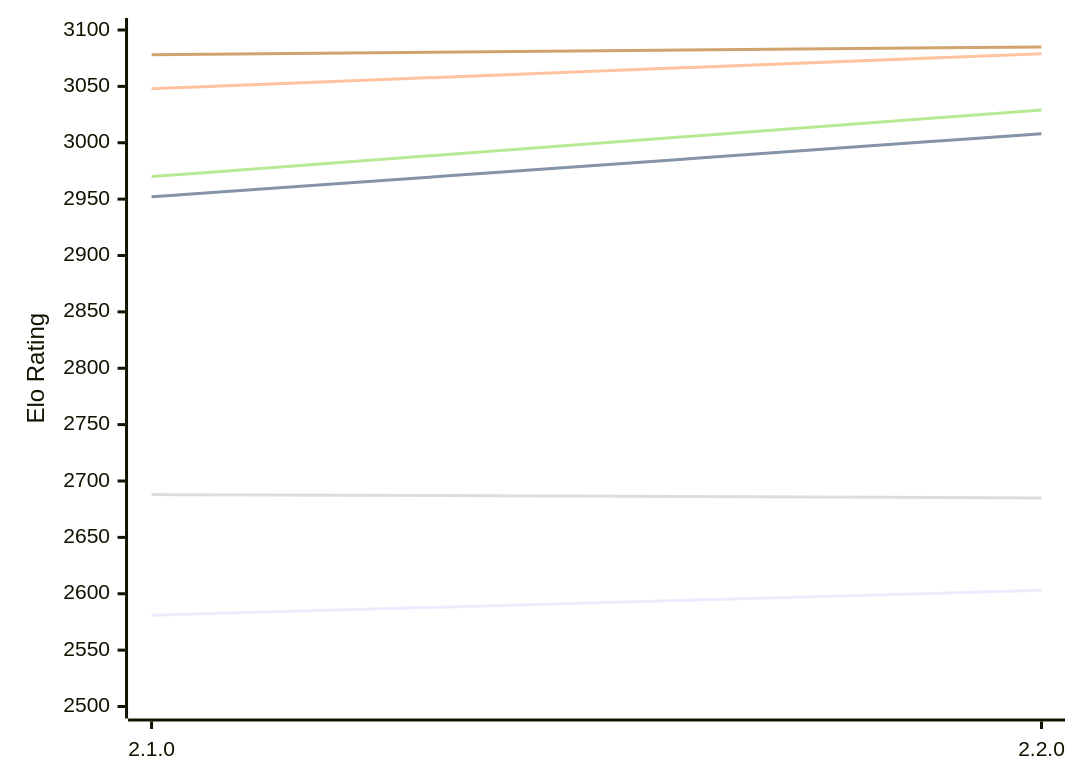
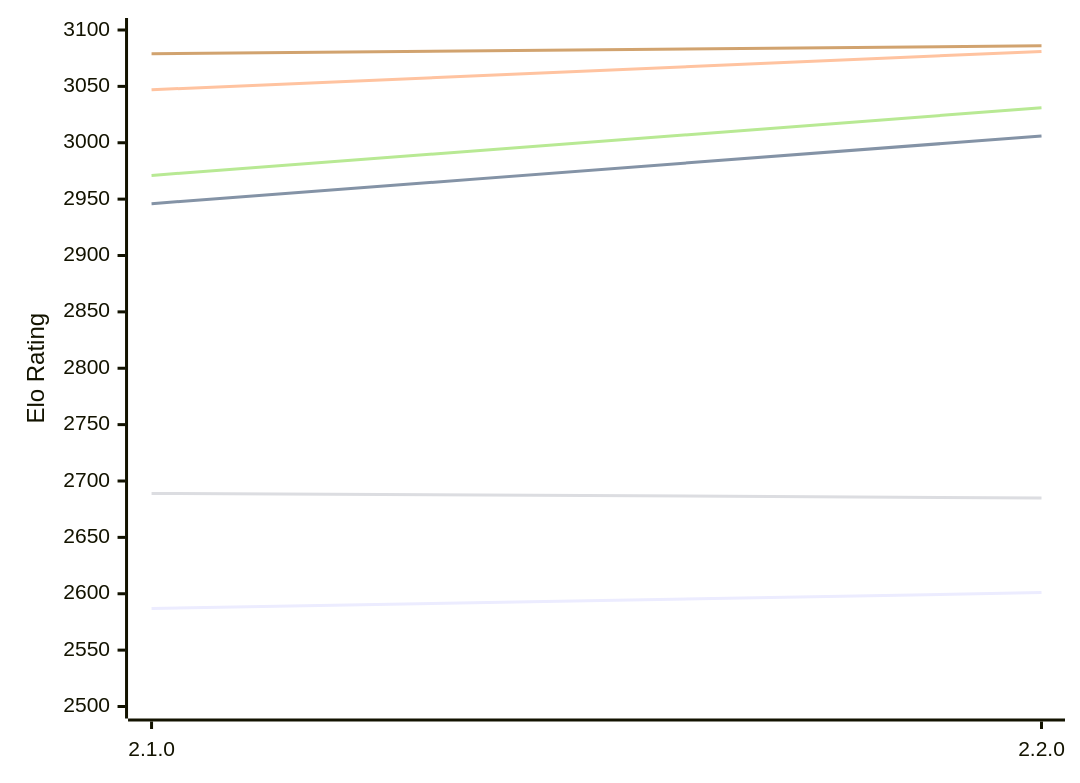
One commit to computer-chess-index/cci changed the first of 2 diagrams in engines/Aspen.md. Above: the diagram before and after it, drawn with Mermaid. The commit also changed other lines of this file, not shown here.

Commit message:
Update CCI Ratings (ELO VLTC) - 2026-11-28

````diff
--- a/engines/Aspen.md
+++ b/engines/Aspen.md
@@ -52,12 +52,12 @@
 ```mermaid
 %%{init: {"theme":"base","themeVariables":{"seriesColors:['#a3a3a3','#222221','#faa371']}}}%%
 xychart-beta
   x-axis ["2.1.0", "2.2.0"]
   y-axis "Elo Rating" 2500 --> 3100
-  line "E1: STC (8.0+0.08s)" [2581, 2603]
-  line "E1: LTC (60.0+0.60s)" [2952, 3008]
-  line "E1: VLTC (2m24s+1.12s)" [3048, 3079]
-  line "P1: STC (8.0+0.08s)" [2688, 2685]
-  line "P1: LTC (60.0+0.60s)" [2970, 3029]
-  line "P1: VLTC (2m24s+1.12s)" [3078, 3085]
+  line "E1: STC (8.0+0.08s)" [2587, 2601]
+  line "E1: LTC (60.0+0.60s)" [2946, 3006]
+  line "E1: VLTC (2m24s+1.12s)" [3047, 3081]
+  line "P1: STC (8.0+0.08s)" [2689, 2685]
+  line "P1: LTC (60.0+0.60s)" [2971, 3031]
+  line "P1: VLTC (2m24s+1.12s)" [3079, 3086]
 ```
````
